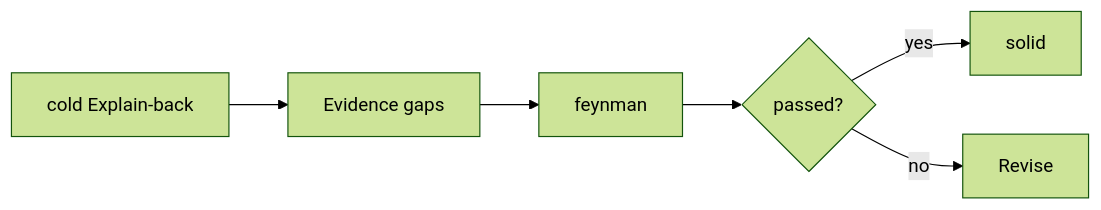
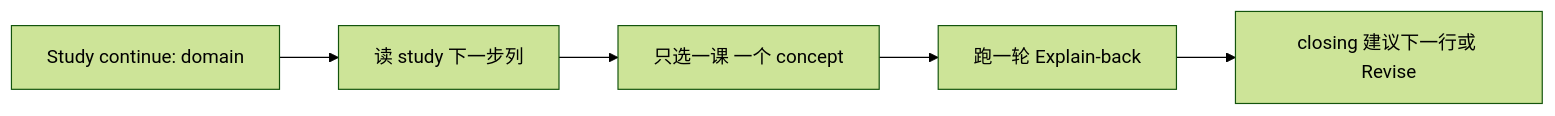
One commit to dylanchen1925/zhuomo changed the ninth of 15 diagrams in USER-GUIDE.md. Above: the diagram before and after it, drawn with Mermaid (forest theme). The commit also changed other lines of this file and 22 other files, not shown here.

First line of the commit message:
Refactor skill into references/ and expand user guide with feature diagrams.

````diff
--- a/USER-GUIDE.md
+++ b/USER-GUIDE.md
@@ -128,8 +227,7 @@
 ```mermaid
 flowchart LR
-  C[cold Explain-back] --> E[Evidence gaps]
-  E --> F[feynman]
-  F --> P{passed?}
-  P -->|yes| S[solid]
-  P -->|no| R[Revise]
+  U[Study continue: domain] --> ST[读 study 下一步列]
+  ST --> ONE[只选一课 一个 concept]
+  ONE --> EB[跑一轮 Explain-back]
+  EB --> NEXT[closing 建议下一行或 Revise]
 ```
````
